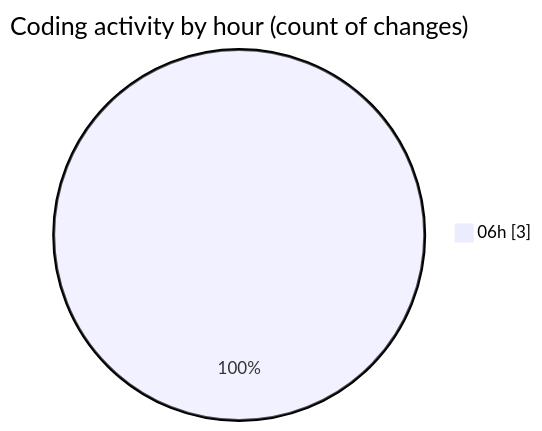
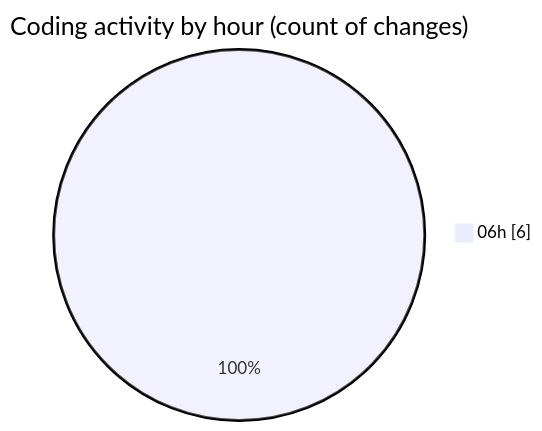
Before and after one commit to vahidmafi/code-tracking: the second of 2 diagrams in 2025-09-20/www/README.md, drawn with Mermaid. The commit also changed other lines of this file and 1 other file, not shown here.

````diff
--- a/2025-09-20/www/README.md
+++ b/2025-09-20/www/README.md
@@ -30,5 +30,5 @@
 ```mermaid
 pie showData
 title Coding activity by hour (count of changes)
-"06h" : 3
+"06h" : 6
 ```
````
